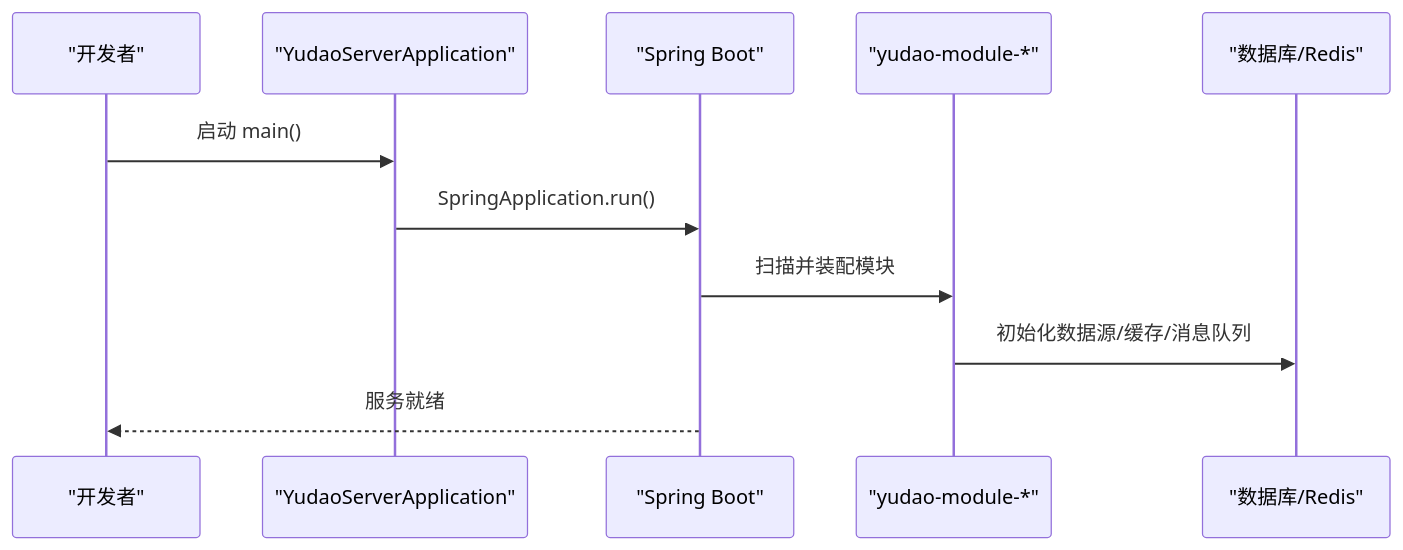
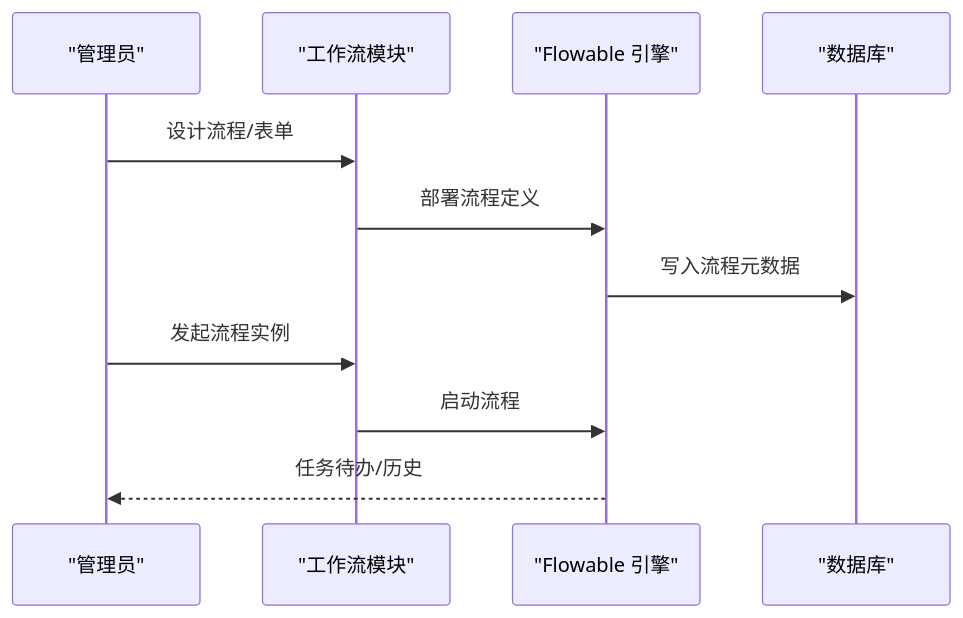
The fifth of 8 diagrams in .qoder/repowiki/zh/content/项目概述.md (xiaoche80s-tech/rouyi-vue-pro), drawn with Mermaid before and after one commit. The commit also changed other lines of this file and 840 other files, not shown here.

````diff
--- a/.qoder/repowiki/zh/content/项目概述.md
+++ b/.qoder/repowiki/zh/content/项目概述.md
@@ -142,13 +194,13 @@
 ```mermaid
 sequenceDiagram
-participant Dev as "开发者"
-participant App as "YudaoServerApplication"
-participant Spring as "Spring Boot"
-participant Modules as "yudao-module-*"
-participant DB as "数据库/Redis"
-Dev->>App : 启动 main()
-App->>Spring : SpringApplication.run()
-Spring->>Modules : 扫描并装配模块
-Modules->>DB : 初始化数据源/缓存/消息队列
-Spring-->>Dev : 服务就绪
+participant Admin as "管理员"
+participant BPM as "工作流模块"
+participant Engine as "Flowable 引擎"
+participant Store as "数据库"
+Admin->>BPM : 设计流程/表单
+BPM->>Engine : 部署流程定义
+Engine->>Store : 写入流程元数据
+Admin->>BPM : 发起流程实例
+BPM->>Engine : 启动流程
+Engine-->>Admin : 任务待办/历史
 ```
````
